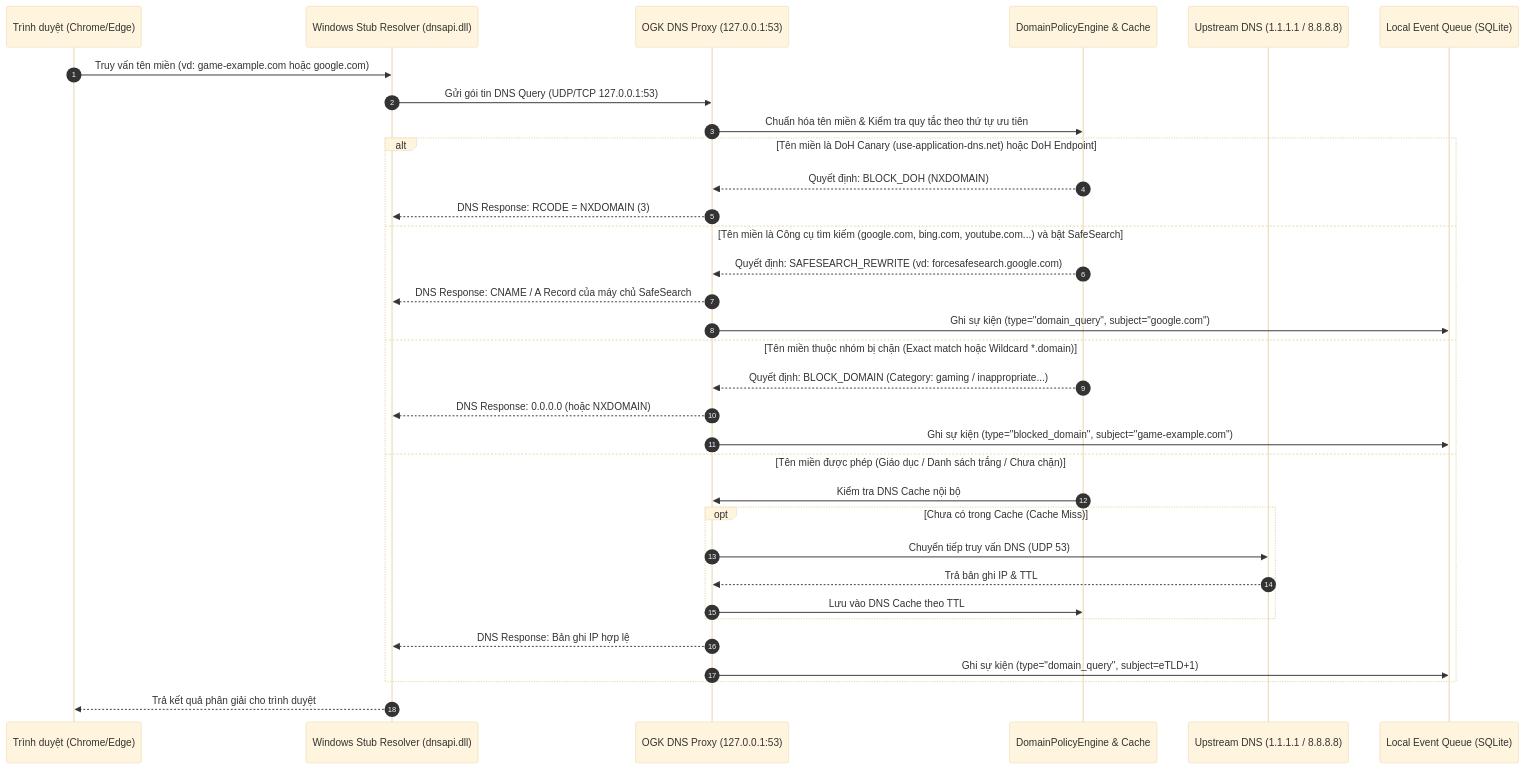
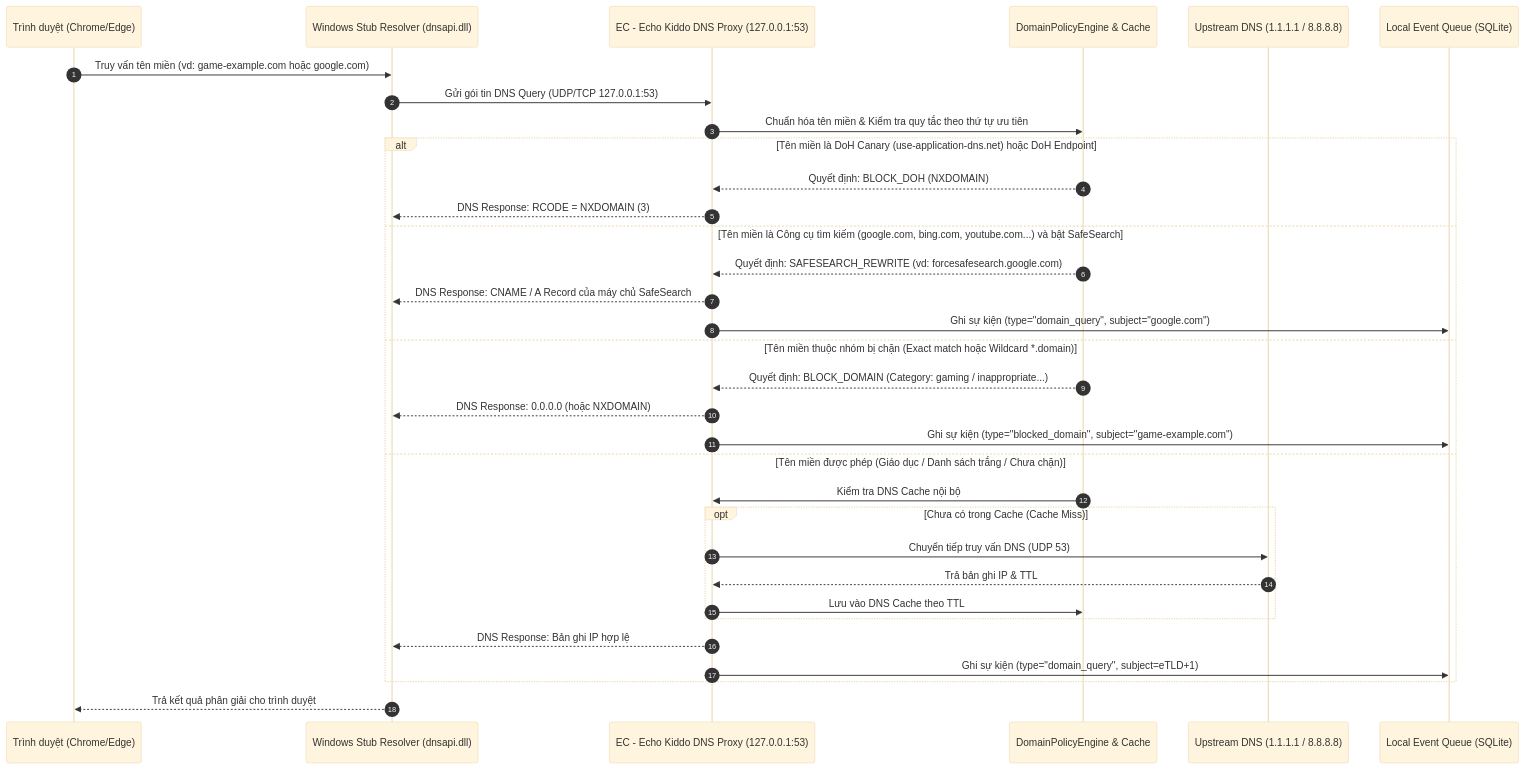
The third of 5 diagrams in docs/architecture.md (sanhkhoa57/Echo-Kiddo), drawn with Mermaid (base theme) before and after one commit. The commit also changed other lines of this file and 59 other files, not shown here.

Commit message:
Brand the app as EC - Echo Kiddo

````diff
--- a/docs/architecture.md
+++ b/docs/architecture.md
@@ -190,36 +190,36 @@
 ```mermaid
 sequenceDiagram
     autonumber
     participant Browser as Trình duyệt (Chrome/Edge)
     participant Stub as Windows Stub Resolver (dnsapi.dll)
-    participant Proxy as OGK DNS Proxy (127.0.0.1:53)
+    participant Proxy as EC - Echo Kiddo DNS Proxy (127.0.0.1:53)
     participant Engine as DomainPolicyEngine & Cache
     participant Upstream as Upstream DNS (1.1.1.1 / 8.8.8.8)
     participant Queue as Local Event Queue (SQLite)
 
     Browser->>Stub: Truy vấn tên miền (vd: game-example.com hoặc google.com)
     Stub->>Proxy: Gửi gói tin DNS Query (UDP/TCP 127.0.0.1:53)
     Proxy->>Engine: Chuẩn hóa tên miền & Kiểm tra quy tắc theo thứ tự ưu tiên
     alt Tên miền là DoH Canary (use-application-dns.net) hoặc DoH Endpoint
         Engine-->>Proxy: Quyết định: BLOCK_DOH (NXDOMAIN)
         Proxy-->>Stub: DNS Response: RCODE = NXDOMAIN (3)
     else Tên miền là Công cụ tìm kiếm (google.com, bing.com, youtube.com...) và bật SafeSearch
         Engine-->>Proxy: Quyết định: SAFESEARCH_REWRITE (vd: forcesafesearch.google.com)
         Proxy-->>Stub: DNS Response: CNAME / A Record của máy chủ SafeSearch
         Proxy->>Queue: Ghi sự kiện (type="domain_query", subject="google.com")
     else Tên miền thuộc nhóm bị chặn (Exact match hoặc Wildcard *.domain)
         Engine-->>Proxy: Quyết định: BLOCK_DOMAIN (Category: gaming / inappropriate...)
         Proxy-->>Stub: DNS Response: 0.0.0.0 (hoặc NXDOMAIN)
         Proxy->>Queue: Ghi sự kiện (type="blocked_domain", subject="game-example.com")
     else Tên miền được phép (Giáo dục / Danh sách trắng / Chưa chặn)
         Engine->>Proxy: Kiểm tra DNS Cache nội bộ
         opt Chưa có trong Cache (Cache Miss)
             Proxy->>Upstream: Chuyển tiếp truy vấn DNS (UDP 53)
             Upstream-->>Proxy: Trả bản ghi IP & TTL
             Proxy->>Engine: Lưu vào DNS Cache theo TTL
         end
         Proxy-->>Stub: DNS Response: Bản ghi IP hợp lệ
         Proxy->>Queue: Ghi sự kiện (type="domain_query", subject=eTLD+1)
     end
     Stub-->>Browser: Trả kết quả phân giải cho trình duyệt
 ```
````
